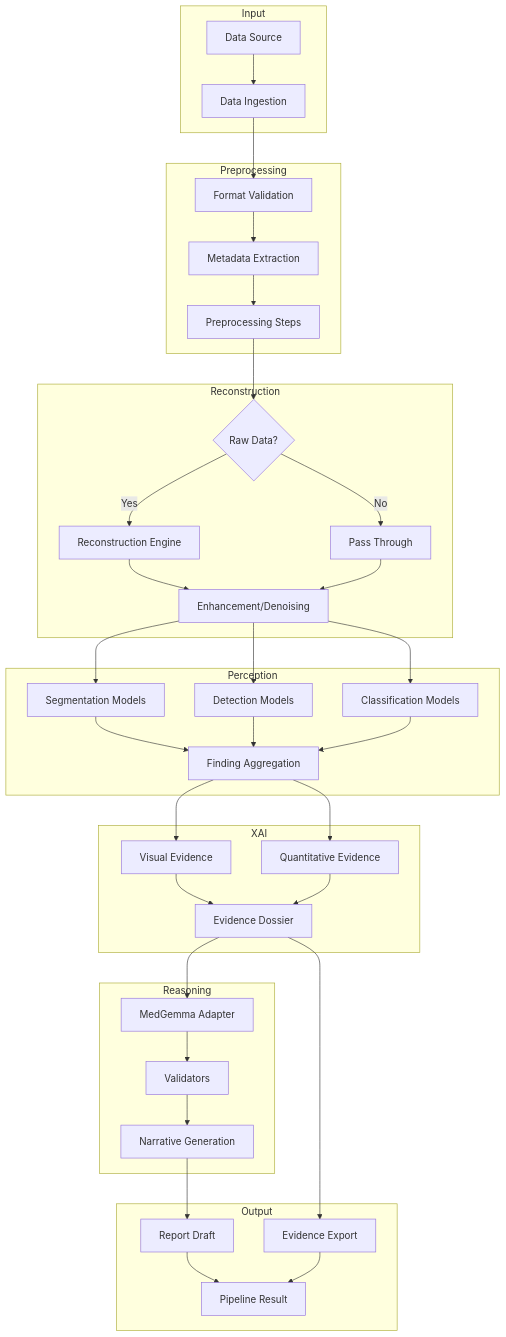
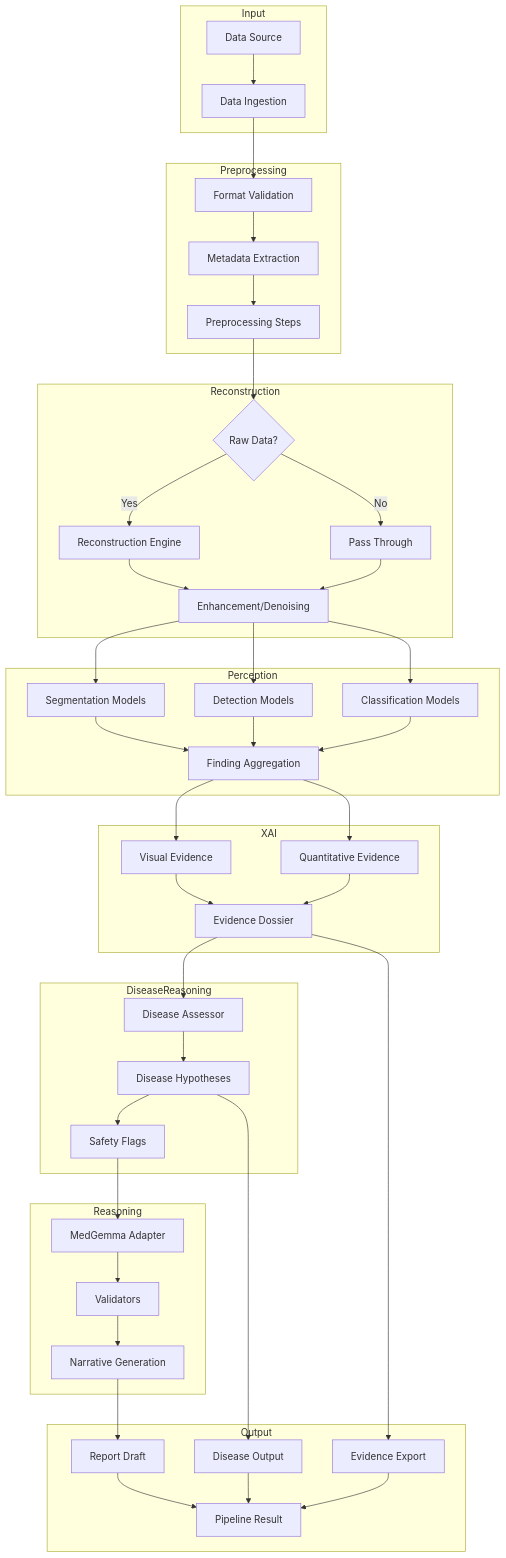
Before and after one commit to olaflaitinen/Rhenium-OS: the first of 4 diagrams in docs/architecture/pipeline-architecture.md, drawn with Mermaid. The commit also changed other lines of this file and 57 other files, not shown here.

````diff
--- a/docs/architecture/pipeline-architecture.md
+++ b/docs/architecture/pipeline-architecture.md
@@ -14,45 +13,52 @@
 ```mermaid
 flowchart TD
     subgraph Input
         A[Data Source] --> B[Data Ingestion]
     end
     
     subgraph Preprocessing
         B --> C[Format Validation]
         C --> D[Metadata Extraction]
         D --> E[Preprocessing Steps]
     end
     
     subgraph Reconstruction
         E --> F{Raw Data?}
         F -->|Yes| G[Reconstruction Engine]
         F -->|No| H[Pass Through]
         G --> I[Enhancement/Denoising]
         H --> I
     end
     
     subgraph Perception
         I --> J[Segmentation Models]
         I --> K[Detection Models]
         I --> L[Classification Models]
         J & K & L --> M[Finding Aggregation]
     end
     
     subgraph XAI
         M --> N[Visual Evidence]
         M --> O[Quantitative Evidence]
         N & O --> P[Evidence Dossier]
     end
     
+    subgraph DiseaseReasoning
+        P --> DR[Disease Assessor]
+        DR --> DH[Disease Hypotheses]
+        DH --> SF[Safety Flags]
+    end
+    
     subgraph Reasoning
-        P --> Q[MedGemma Adapter]
+        SF --> Q[MedGemma Adapter]
         Q --> R[Validators]
         R --> S[Narrative Generation]
     end
     
     subgraph Output
         S --> T[Report Draft]
         P --> U[Evidence Export]
-        T & U --> V[Pipeline Result]
+        DH --> W[Disease Output]
+        T & U & W --> V[Pipeline Result]
     end
 ```
````
